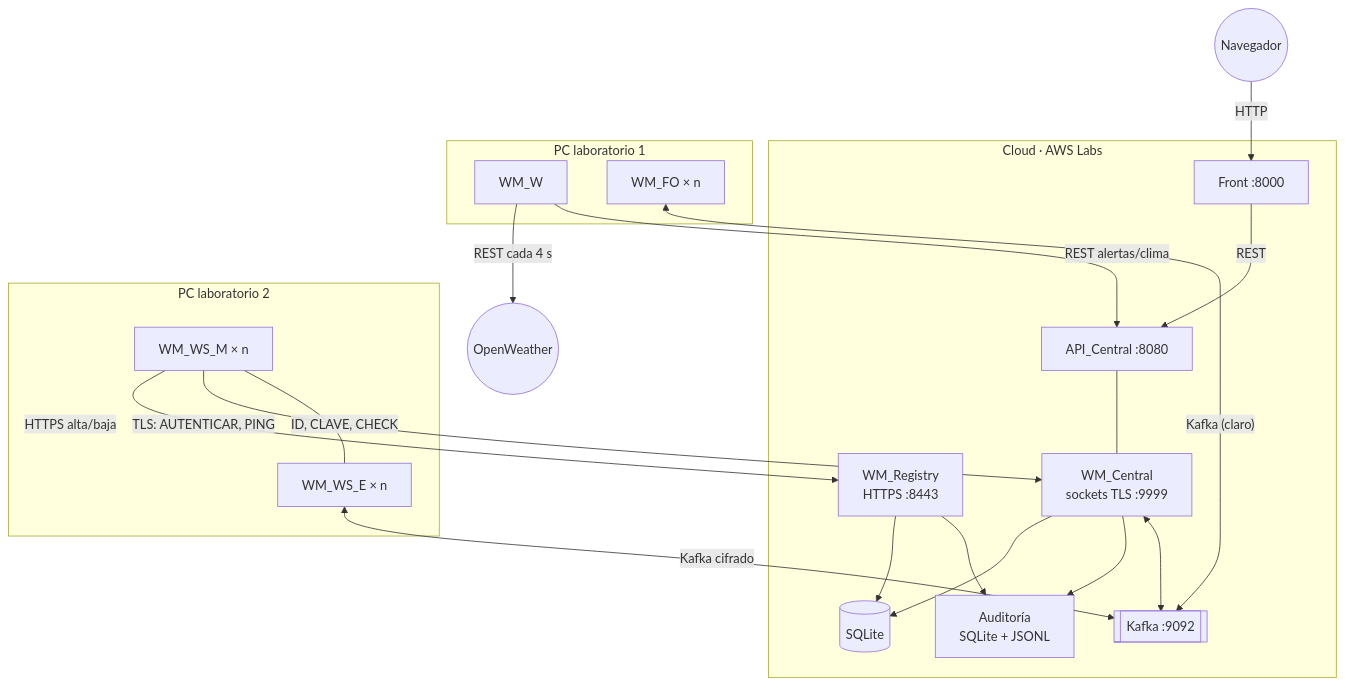
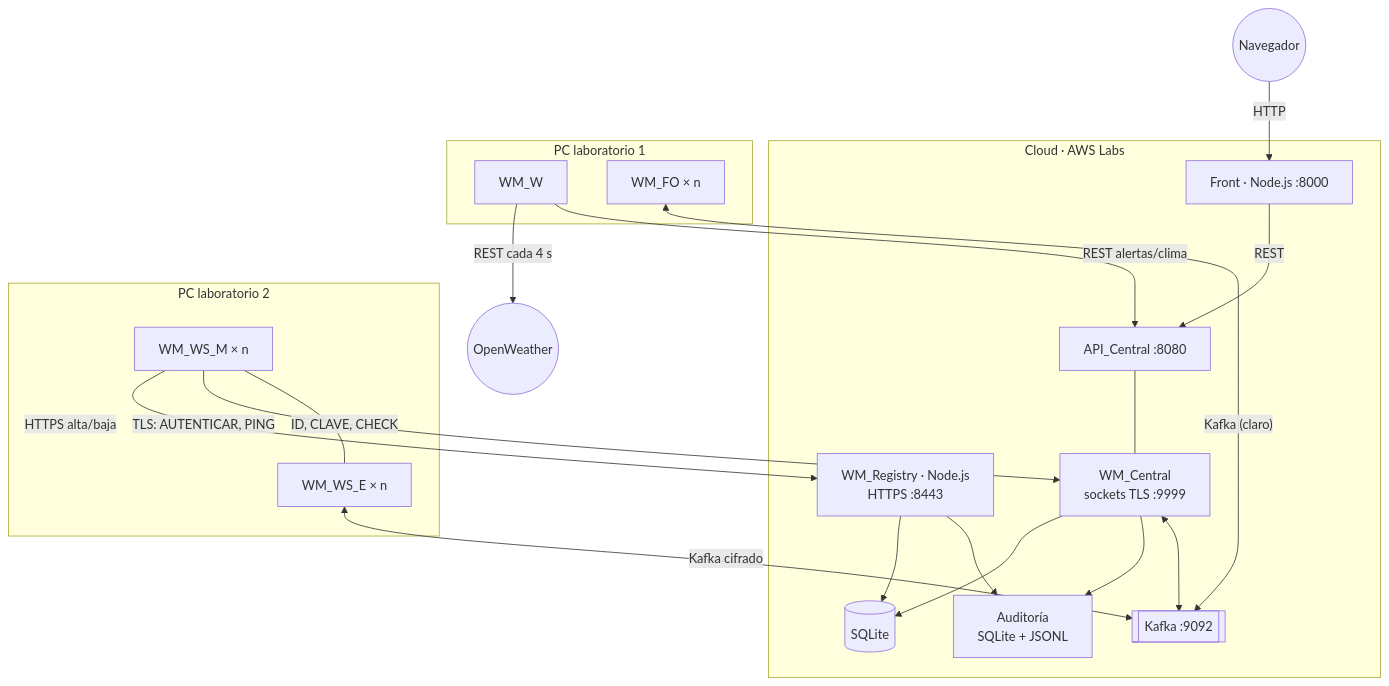
The diagram in docs/release2/IMPLEMENTATION_PLAN.md (aggg15/Sistemas-Distribuidos), drawn with Mermaid before and after one commit. The commit also changed other lines of this file and 7 other files, not shown here.

````diff
--- a/docs/release2/IMPLEMENTATION_PLAN.md
+++ b/docs/release2/IMPLEMENTATION_PLAN.md
@@ -32,36 +33,36 @@
 ```mermaid
 flowchart TB
     B(("Navegador")) -- HTTP --> FRONT
     subgraph Cloud["Cloud · AWS Labs"]
-        FRONT["Front :8000"]
+        FRONT["Front · Node.js :8000"]
         API["API_Central :8080"]
         CEN["WM_Central<br/>sockets TLS :9999"]
-        REG["WM_Registry<br/>HTTPS :8443"]
+        REG["WM_Registry · Node.js<br/>HTTPS :8443"]
         DB[("SQLite")]
         K[["Kafka :9092"]]
         AUD["Auditoría<br/>SQLite + JSONL"]
         FRONT -- REST --> API
         API --- CEN
         CEN --> DB
         REG --> DB
         CEN --> AUD
         REG --> AUD
         CEN <--> K
     end
     subgraph PC1["PC laboratorio 1"]
         W["WM_W"]
         FO["WM_FO × n"]
     end
     subgraph PC2["PC laboratorio 2"]
         M["WM_WS_M × n"]
         E["WM_WS_E × n"]
     end
     OW(("OpenWeather"))
     W -- "REST cada 4 s" --> OW
     W -- "REST alertas/clima" --> API
     FO <-- "Kafka (claro)" --> K
     M -- "HTTPS alta/baja" --> REG
     M -- "TLS: AUTENTICAR, PING" --> CEN
     M -- "ID, CLAVE, CHECK" --- E
     E <-- "Kafka cifrado" --> K
 ```
````
